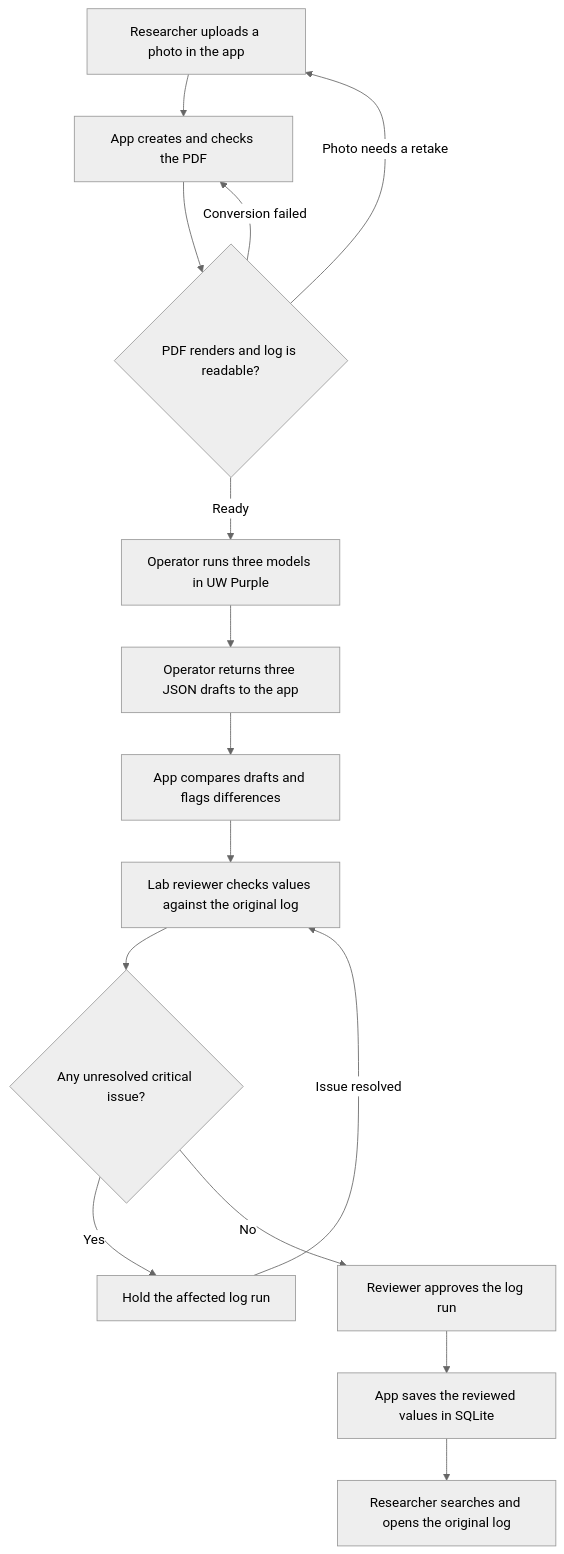
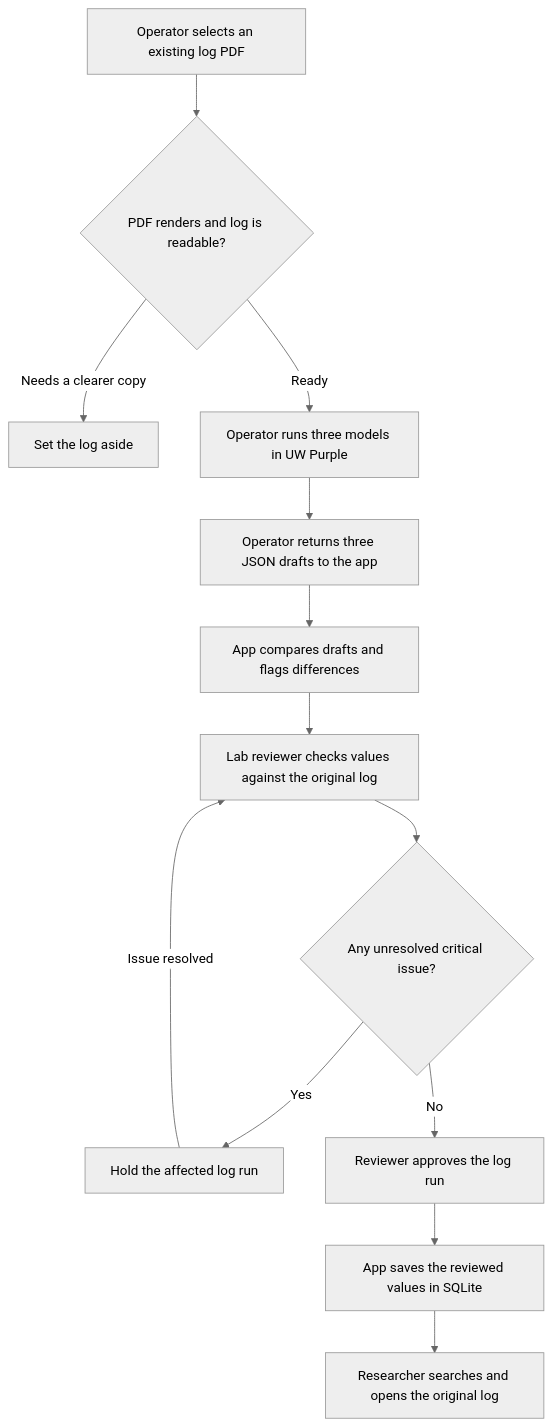
One commit to irisyjchang/quantum-materials-ai-archive changed the diagram in docs/design-document.md. Above: the diagram before and after it, drawn with Mermaid (neutral theme). The commit also changed other lines of this file, not shown here.

Commit message:
docs: separate local MVP from photo upload pilot

````diff
--- a/docs/design-document.md
+++ b/docs/design-document.md
@@ -34,17 +36,15 @@
 ```mermaid
 flowchart TD
-    A[Researcher uploads a photo in the app] --> B[App creates and checks the PDF]
-    B --> C{PDF renders and log is readable?}
-    C -->|Photo needs a retake| A
-    C -->|Conversion failed| B
-    C -->|Ready| D[Operator runs three models in UW Purple]
+    A[Operator selects an existing log PDF] --> B{PDF renders and log is readable?}
+    B -->|Needs a clearer copy| C[Set the log aside]
+    B -->|Ready| D[Operator runs three models in UW Purple]
     D --> E[Operator returns three JSON drafts to the app]
     E --> F[App compares drafts and flags differences]
     F --> G[Lab reviewer checks values against the original log]
     G --> H{Any unresolved critical issue?}
     H -->|Yes| I[Hold the affected log run]
     I -->|Issue resolved| G
     H -->|No| J[Reviewer approves the log run]
     J --> K[App saves the reviewed values in SQLite]
     K --> L[Researcher searches and opens the original log]
 ```
````
